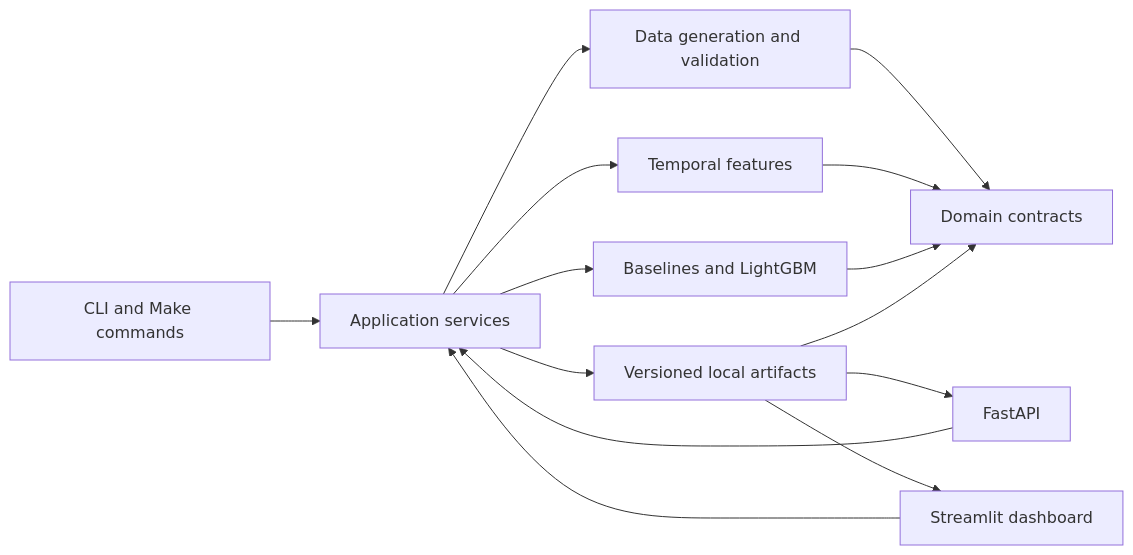
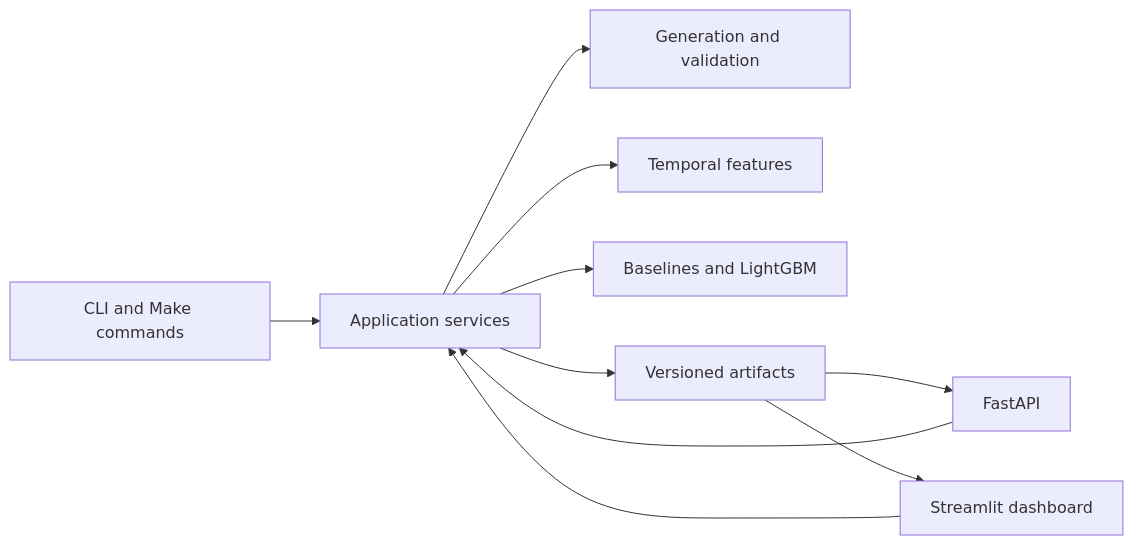
The first of 2 diagrams in README.md (SebastianGaray/retail-demand-intelligence), drawn with Mermaid before and after one commit. The commit also changed other lines of this file and 4 other files, not shown here.

````diff
--- a/README.md
+++ b/README.md
@@ -35,16 +53,12 @@
 ```mermaid
 flowchart LR
     CLI["CLI and Make commands"] --> APP["Application services"]
     API["FastAPI"] --> APP
     UI["Streamlit dashboard"] --> APP
-    APP --> DATA["Data generation and validation"]
+    APP --> DATA["Generation and validation"]
     APP --> FEATURES["Temporal features"]
     APP --> MODELS["Baselines and LightGBM"]
-    APP --> ARTIFACTS["Versioned local artifacts"]
-    DATA --> DOMAIN["Domain contracts"]
-    FEATURES --> DOMAIN
-    MODELS --> DOMAIN
-    ARTIFACTS --> DOMAIN
+    APP --> ARTIFACTS["Versioned artifacts"]
     ARTIFACTS --> API
     ARTIFACTS --> UI
 ```
````
